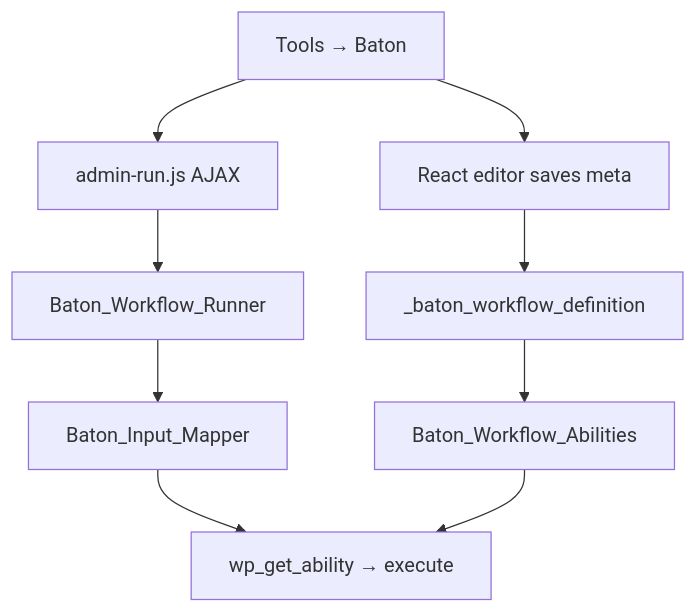
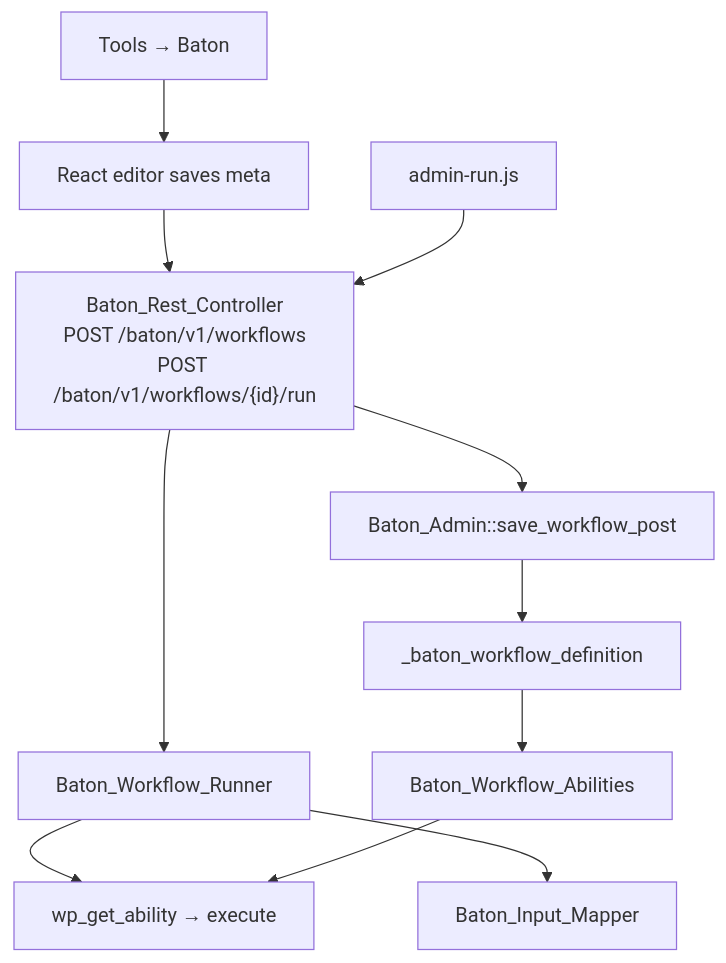
The diagram in AGENTS.md (nikmclaughlin/baton), drawn with Mermaid before and after one commit. The commit also changed other lines of this file and 1 other file, not shown here.

First line of the commit message:
Docs: update agent guide and README for the REST migration

````diff
--- a/AGENTS.md
+++ b/AGENTS.md
@@ -49,11 +49,12 @@
 ```mermaid
 flowchart TD
   Admin[Tools → Baton] --> Editor[React editor saves meta]
-  Admin --> RunPanel[admin-run.js AJAX]
-  Editor --> Meta["_baton_workflow_definition"]
-  RunPanel --> Runner[Baton_Workflow_Runner]
+  Editor & RunPanel[admin-run.js] --> REST["Baton_Rest_Controller<br/>POST /baton/v1/workflows<br/>POST /baton/v1/workflows/{id}/run"]
+  REST --> SaveHelper[Baton_Admin::save_workflow_post]
+  REST --> Runner[Baton_Workflow_Runner]
+  SaveHelper --> Meta["_baton_workflow_definition"]
   Runner --> Map[Baton_Input_Mapper]
-  Map --> Ability[wp_get_ability → execute]
+  Runner --> Ability[wp_get_ability → execute]
   Meta --> Reg[Baton_Workflow_Abilities]
   Reg --> Ability
 ```
````
